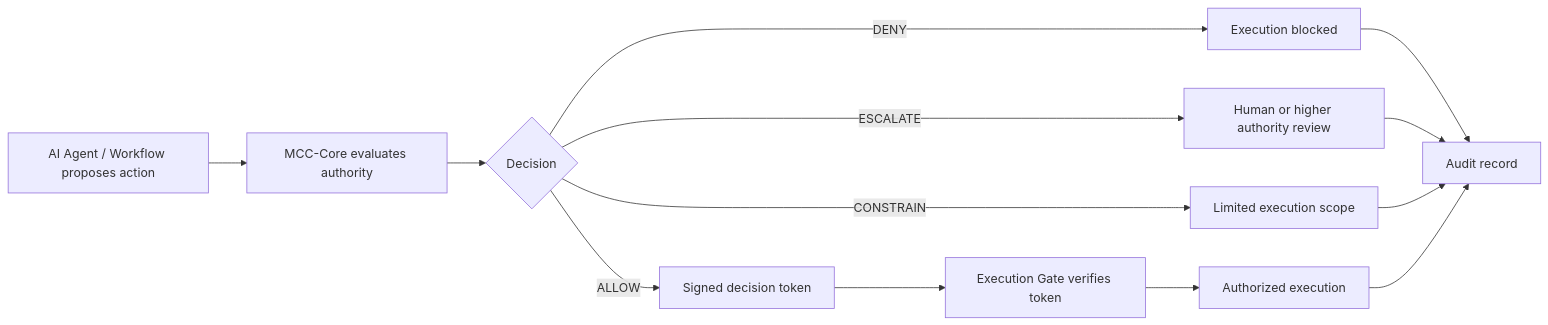
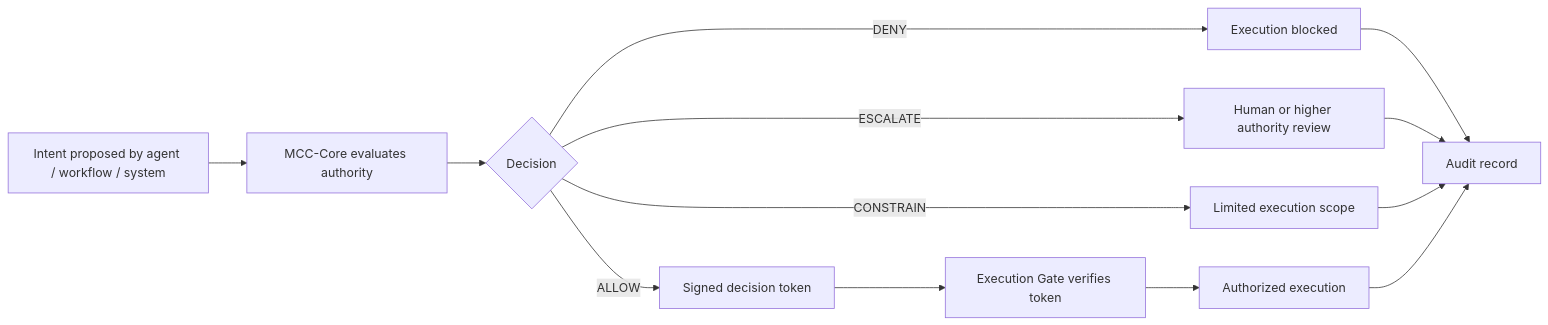
Before and after one commit to mcc-prior-art/mcc-layer: the diagram in README.md, drawn with Mermaid. The commit also changed other lines of this file, not shown here.

````diff
--- a/README.md
+++ b/README.md
@@ -244,15 +93,15 @@
 ```mermaid
 flowchart LR
-    A[AI Agent / Workflow proposes action] --> B[MCC-Core evaluates authority]
+    A[Intent proposed by agent / workflow / system] --> B[MCC-Core evaluates authority]
     B --> C{Decision}
     C -->|ALLOW| D[Signed decision token]
     C -->|DENY| E[Execution blocked]
     C -->|ESCALATE| F[Human or higher authority review]
     C -->|CONSTRAIN| G[Limited execution scope]
     D --> H[Execution Gate verifies token]
     H --> I[Authorized execution]
     E --> J[Audit record]
     F --> J
     G --> J
     I --> J
 ```
````
